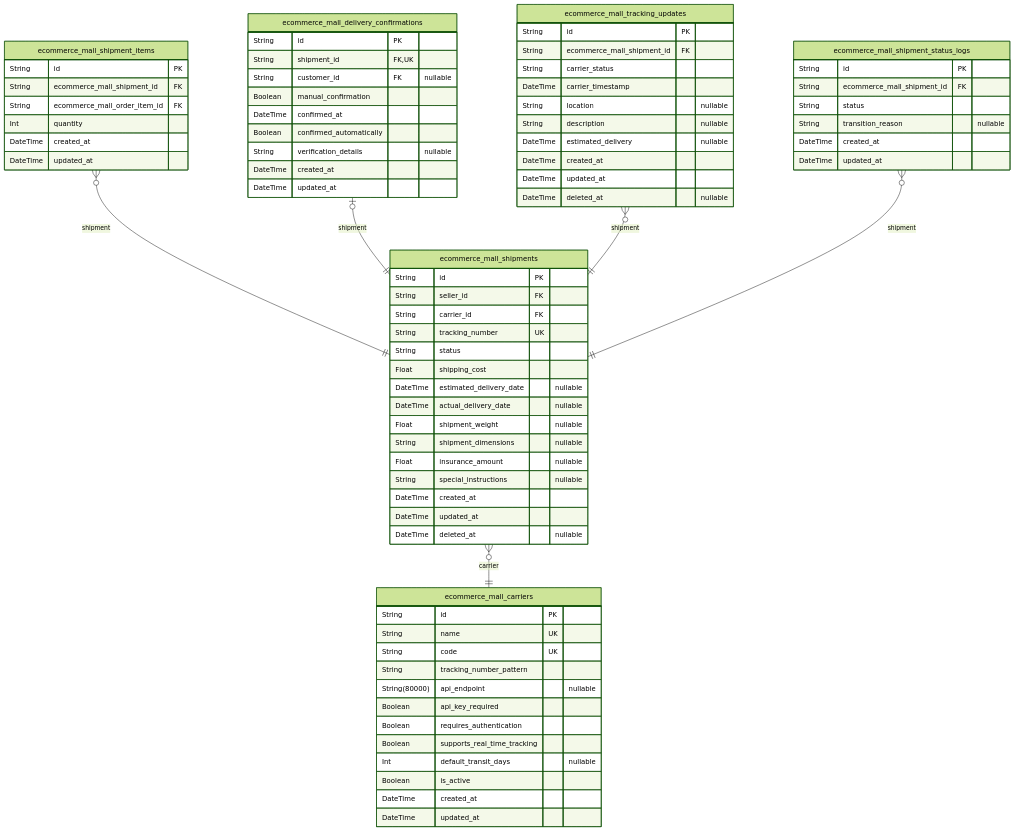
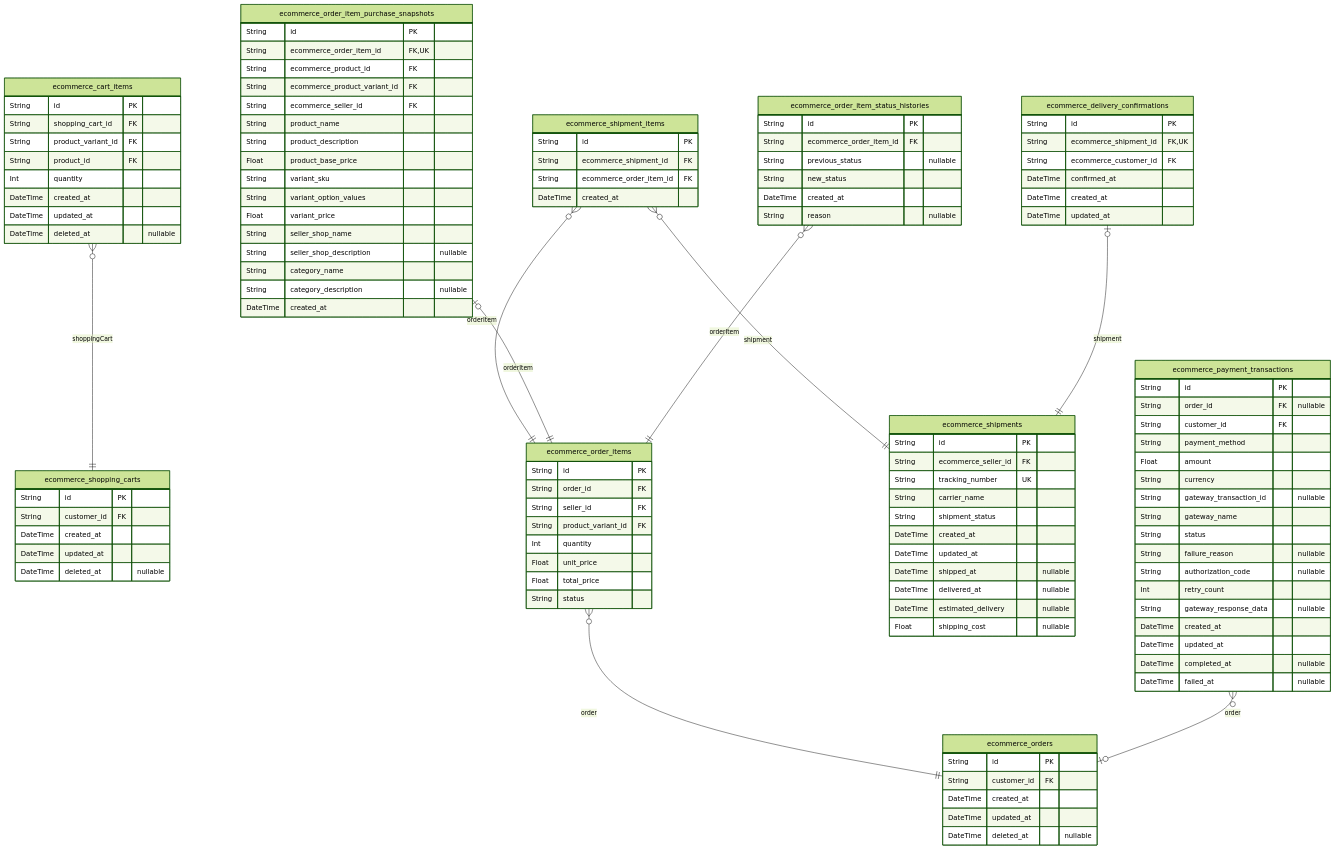
One commit to wrtnlabs/autobe-examples changed the fourth of 7 diagrams in deepseek/deepseek-v3.1-terminus-exacto/shopping/docs/ERD.md. Above: the diagram before and after it, drawn with Mermaid (forest theme). The commit also changed other lines of this file and 11104 other files, not shown here.

````diff
--- a/deepseek/deepseek-v3.1-terminus-exacto/shopping/docs/ERD.md
+++ b/deepseek/deepseek-v3.1-terminus-exacto/shopping/docs/ERD.md
@@ -3647,78 +2583,117 @@
 ```mermaid
 erDiagram
-"ecommerce_mall_shipments" {
+"ecommerce_shopping_carts" {
   String id PK
-  String seller_id FK
-  String carrier_id FK
-  String tracking_number UK
-  String status
-  Float shipping_cost
-  DateTime estimated_delivery_date "nullable"
-  DateTime actual_delivery_date "nullable"
-  Float shipment_weight "nullable"
-  String shipment_dimensions "nullable"
-  Float insurance_amount "nullable"
-  String special_instructions "nullable"
+  String customer_id FK
   DateTime created_at
   DateTime updated_at
   DateTime deleted_at "nullable"
 }
-"ecommerce_mall_shipment_items" {
+"ecommerce_cart_items" {
   String id PK
-  String ecommerce_mall_shipment_id FK
-  String ecommerce_mall_order_item_id FK
+  String shopping_cart_id FK
+  String product_variant_id FK
+  String product_id FK
   Int quantity
-  DateTime created_at
-  DateTime updated_at
-}
-"ecommerce_mall_delivery_confirmations" {
-  String id PK
-  String shipment_id FK,UK
-  String customer_id FK "nullable"
-  Boolean manual_confirmation
-  DateTime confirmed_at
-  Boolean confirmed_automatically
-  String verification_details "nullable"
-  DateTime created_at
-  DateTime updated_at
-}
-"ecommerce_mall_tracking_updates" {
-  String id PK
-  String ecommerce_mall_shipment_id FK
-  String carrier_status
-  DateTime carrier_timestamp
-  String location "nullable"
-  String description "nullable"
-  DateTime estimated_delivery "nullable"
   DateTime created_at
   DateTime updated_at
   DateTime deleted_at "nullable"
 }
-"ecommerce_mall_shipment_status_logs" {
+"ecommerce_orders" {
   String id PK
-  String ecommerce_mall_shipment_id FK
+  String customer_id FK
+  DateTime created_at
+  DateTime updated_at
+  DateTime deleted_at "nullable"
+}
+"ecommerce_order_items" {
+  String id PK
+  String order_id FK
+  String seller_id FK
+  String product_variant_id FK
+  Int quantity
+  Float unit_price
+  Float total_price
   String status
-  String transition_reason "nullable"
+}
+"ecommerce_shipments" {
+  String id PK
+  String ecommerce_seller_id FK
+  String tracking_number UK
+  String carrier_name
+  String shipment_status
+  DateTime created_at
+  DateTime updated_at
+  DateTime shipped_at "nullable"
+  DateTime delivered_at "nullable"
+  DateTime estimated_delivery "nullable"
+  Float shipping_cost "nullable"
+}
+"ecommerce_shipment_items" {
+  String id PK
+  String ecommerce_shipment_id FK
+  String ecommerce_order_item_id FK
+  DateTime created_at
+}
+"ecommerce_delivery_confirmations" {
+  String id PK
+  String ecommerce_shipment_id FK,UK
+  String ecommerce_customer_id FK
+  DateTime confirmed_at
   DateTime created_at
   DateTime updated_at
 }
-"ecommerce_mall_carriers" {
+"ecommerce_payment_transactions" {
   String id PK
-  String name UK
-  String code UK
-  String tracking_number_pattern
-  String(80000) api_endpoint "nullable"
-  Boolean api_key_required
-  Boolean requires_authentication
-  Boolean supports_real_time_tracking
-  Int default_transit_days "nullable"
-  Boolean is_active
+  String order_id FK "nullable"
+  String customer_id FK
+  String payment_method
+  Float amount
+  String currency
+  String gateway_transaction_id "nullable"
+  String gateway_name
+  String status
+  String failure_reason "nullable"
+  String authorization_code "nullable"
+  Int retry_count
+  String gateway_response_data "nullable"
   DateTime created_at
   DateTime updated_at
+  DateTime completed_at "nullable"
+  DateTime failed_at "nullable"
 }
-"ecommerce_mall_shipments" }o--|| "ecommerce_mall_carriers" : carrier
-"ecommerce_mall_shipment_items" }o--|| "ecommerce_mall_shipments" : shipment
-"ecommerce_mall_delivery_confirmations" |o--|| "ecommerce_mall_shipments" : shipment
-"ecommerce_mall_tracking_updates" }o--|| "ecommerce_mall_shipments" : shipment
-"ecommerce_mall_shipment_status_logs" }o--|| "ecommerce_mall_shipments" : shipment
+"ecommerce_order_item_purchase_snapshots" {
+  String id PK
+  String ecommerce_order_item_id FK,UK
+  String ecommerce_product_id FK
+  String ecommerce_product_variant_id FK
+  String ecommerce_seller_id FK
+  String product_name
+  String product_description
+  Float product_base_price
+  String variant_sku
+  String variant_option_values
+  Float variant_price
+  String seller_shop_name
+  String seller_shop_description "nullable"
+  String category_name
+  String category_description "nullable"
+  DateTime created_at
+}
+"ecommerce_order_item_status_histories" {
+  String id PK
+  String ecommerce_order_item_id FK
+  String previous_status "nullable"
+  String new_status
+  DateTime created_at
+  String reason "nullable"
+}
+"ecommerce_cart_items" }o--|| "ecommerce_shopping_carts" : shoppingCart
+"ecommerce_order_items" }o--|| "ecommerce_orders" : order
+"ecommerce_shipment_items" }o--|| "ecommerce_shipments" : shipment
+"ecommerce_shipment_items" }o--|| "ecommerce_order_items" : orderItem
+"ecommerce_delivery_confirmations" |o--|| "ecommerce_shipments" : shipment
+"ecommerce_payment_transactions" }o--o| "ecommerce_orders" : order
+"ecommerce_order_item_purchase_snapshots" |o--|| "ecommerce_order_items" : orderItem
+"ecommerce_order_item_status_histories" }o--|| "ecommerce_order_items" : orderItem
 ```
````
